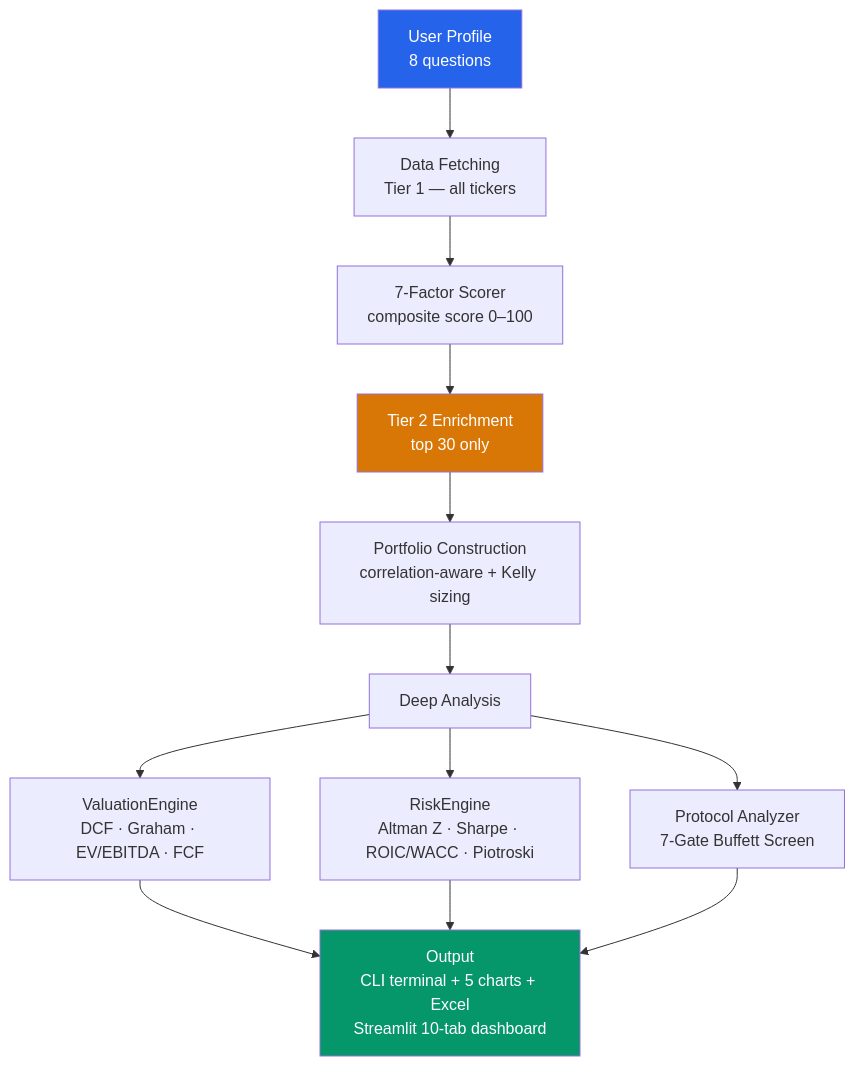
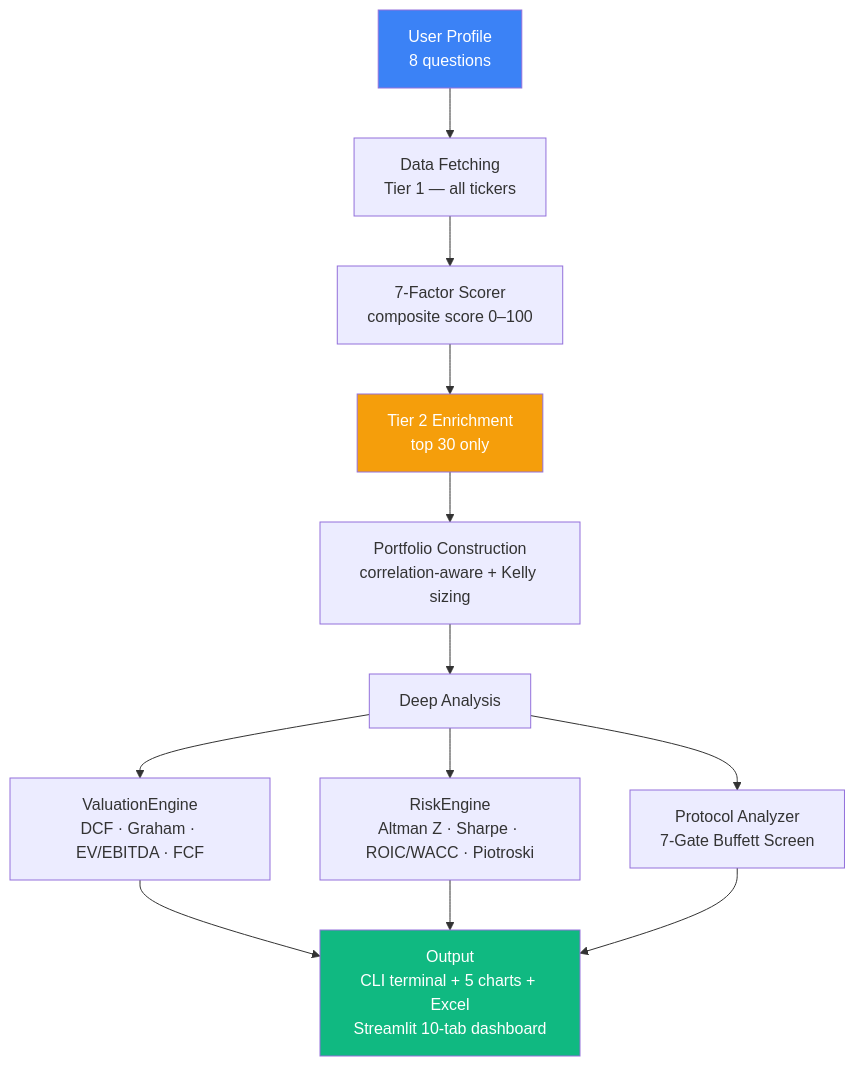
Before and after one commit to Justme-Cliff/Investing-ML: the first of 2 diagrams in README.md, drawn with Mermaid. The commit also changed other lines of this file and 4 other files, not shown here.

Commit message:
color changed and new charts added

````diff
--- a/README.md
+++ b/README.md
@@ -35,18 +50,18 @@
 ```mermaid
 flowchart TD
     A[User Profile\n8 questions] --> B[Data Fetching\nTier 1 — all tickers]
     B --> C[7-Factor Scorer\ncomposite score 0–100]
     C --> D[Tier 2 Enrichment\ntop 30 only]
     D --> E[Portfolio Construction\ncorrelation-aware + Kelly sizing]
     E --> F[Deep Analysis]
     F --> G1[ValuationEngine\nDCF · Graham · EV/EBITDA · FCF]
     F --> G2[RiskEngine\nAltman Z · Sharpe · ROIC/WACC · Piotroski]
     F --> G3[Protocol Analyzer\n7-Gate Buffett Screen]
     G1 --> H[Output\nCLI terminal + 5 charts + Excel\nStreamlit 10-tab dashboard]
     G2 --> H
     G3 --> H
 
-    style A fill:#2563EB,color:#fff
-    style H fill:#059669,color:#fff
-    style D fill:#D97706,color:#fff
+    style A fill:#3B82F6,color:#fff
+    style H fill:#10B981,color:#fff
+    style D fill:#F59E0B,color:#fff
 ```
````
